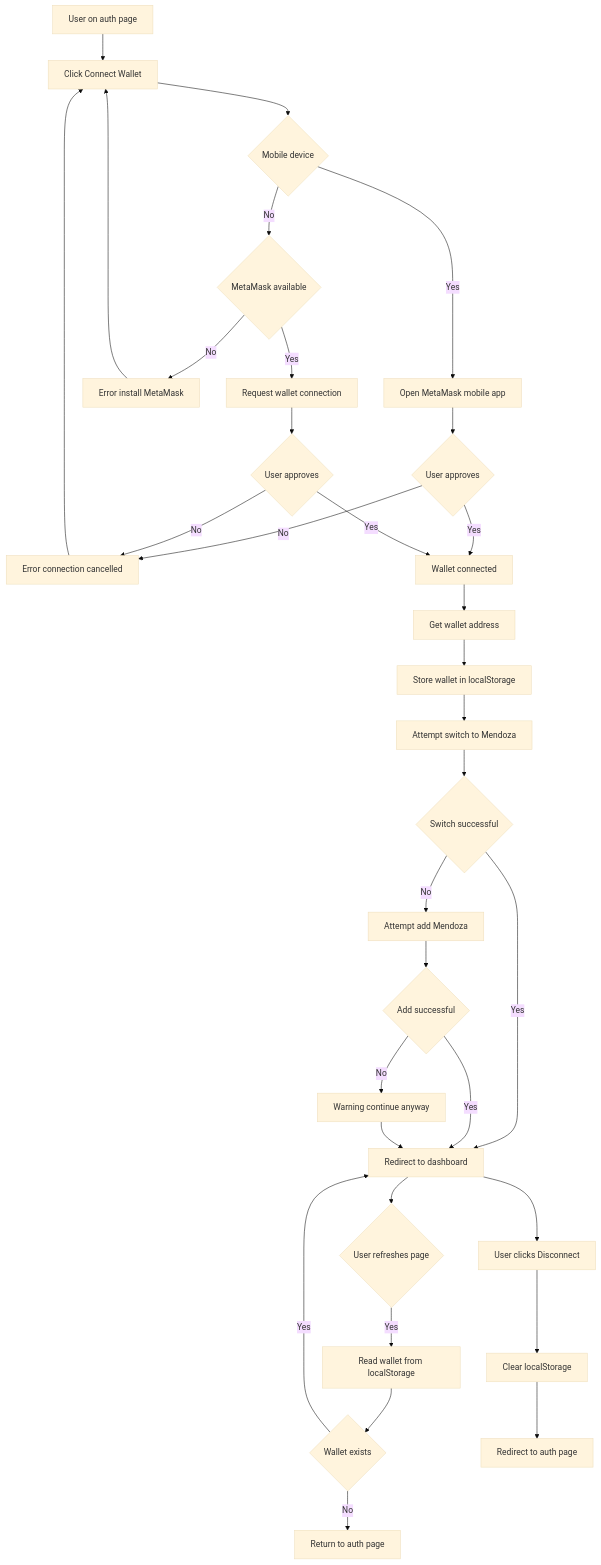
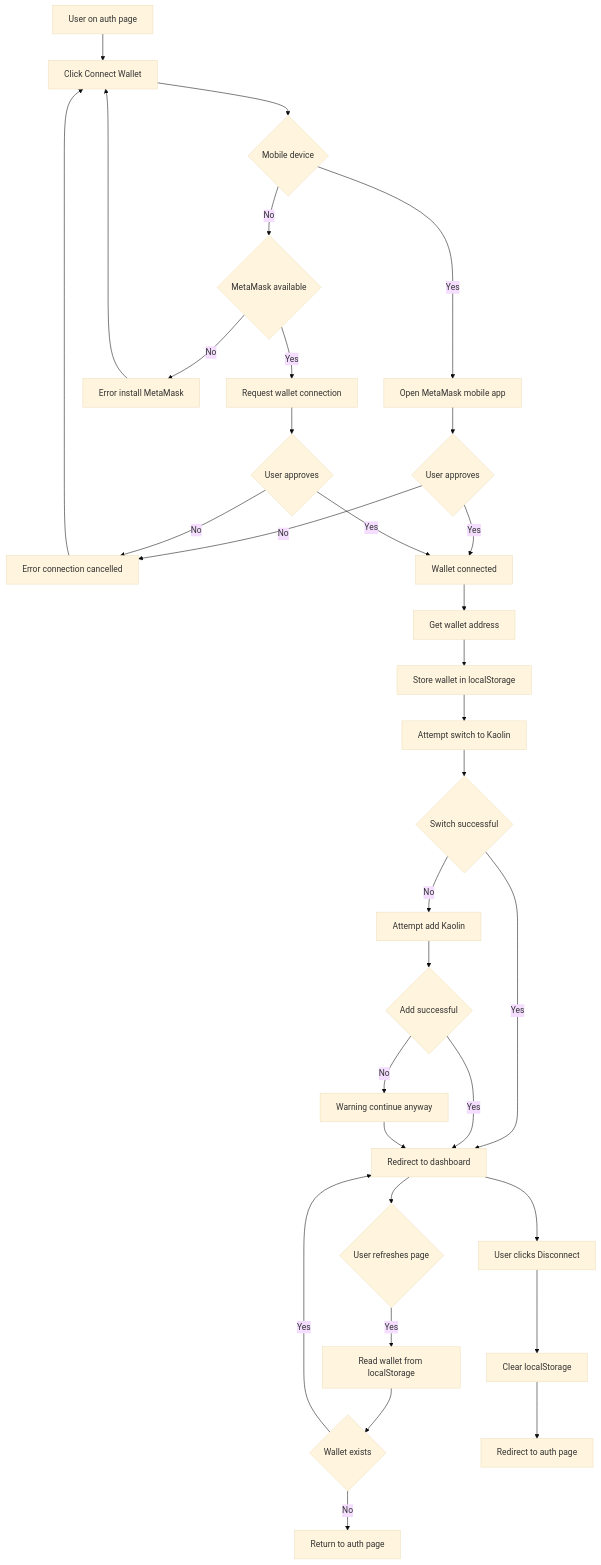
The first of 2 diagrams in docs/betadocs/arkiv/operations/wallet-authentication-flow.md (understories/p2pmentor), drawn with Mermaid (base theme) before and after one commit. The commit also changed other lines of this file and 42 other files, not shown here.

First line of the commit message:
refactor: complete Mendoza-to-Kaolin migration across all docs, configs, and templates

````diff
--- a/docs/betadocs/arkiv/operations/wallet-authentication-flow.md
+++ b/docs/betadocs/arkiv/operations/wallet-authentication-flow.md
@@ -14,41 +14,41 @@
 ```mermaid
 flowchart TD
   A[User on auth page] --> B[Click Connect Wallet]
 
   B --> C{Mobile device}
   C -- Yes --> D[Open MetaMask mobile app]
   D --> E{User approves}
   E -- No --> E1[Error connection cancelled]
   E1 --> B
   E -- Yes --> F[Wallet connected]
 
   C -- No --> G{MetaMask available}
   G -- No --> G1[Error install MetaMask]
   G1 --> B
   G -- Yes --> H[Request wallet connection]
   H --> I{User approves}
   I -- No --> E1
   I -- Yes --> F
 
   F --> J[Get wallet address]
   J --> K[Store wallet in localStorage]
 
-  K --> L[Attempt switch to Mendoza]
+  K --> L[Attempt switch to Kaolin]
   L --> M{Switch successful}
   M -- Yes --> N[Redirect to dashboard]
-  M -- No --> O[Attempt add Mendoza]
+  M -- No --> O[Attempt add Kaolin]
   O --> P{Add successful}
   P -- Yes --> N
   P -- No --> Q[Warning continue anyway]
   Q --> N
 
   N --> R{User refreshes page}
   R -- Yes --> S[Read wallet from localStorage]
   S --> T{Wallet exists}
   T -- Yes --> N
   T -- No --> U[Return to auth page]
 
   N --> V[User clicks Disconnect]
   V --> W[Clear localStorage]
   W --> X[Redirect to auth page]
 ```
````
